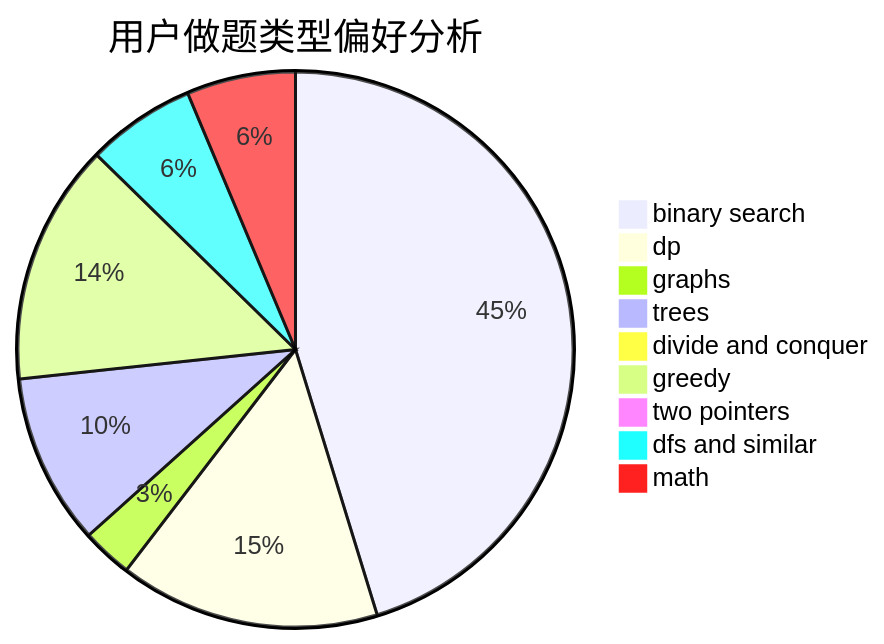
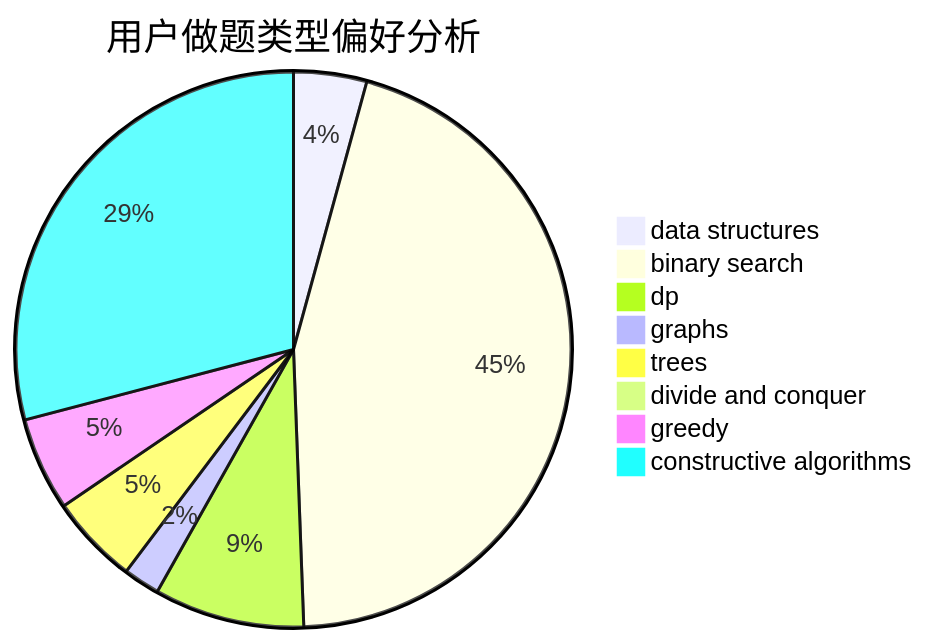
Before and after one commit to sherpahu/cfrs.github.io: the second of 3 diagrams in docs/user/u1579.md, drawn with Mermaid. The commit also changed other lines of this file and 2775 other files, not shown here.

````diff
--- a/docs/user/u1579.md
+++ b/docs/user/u1579.md
@@ -23,12 +23,11 @@
 ```mermaid
 pie title 用户做题类型偏好分析
-    "binary search" :  200
-    "dp" :  67
-    "graphs" :  13
-    "trees" :  44
+    "data structures" :  18
+    "binary search" :  191
+    "dp" :  37
+    "graphs" :  9
+    "trees" :  22
     "divide and conquer" :  0
-    "greedy" :  62
-    "two pointers" :  0
-    "dfs and similar" :  28
-    "math" :  28
+    "greedy" :  23
+    "constructive algorithms" :  123
 ```
````
